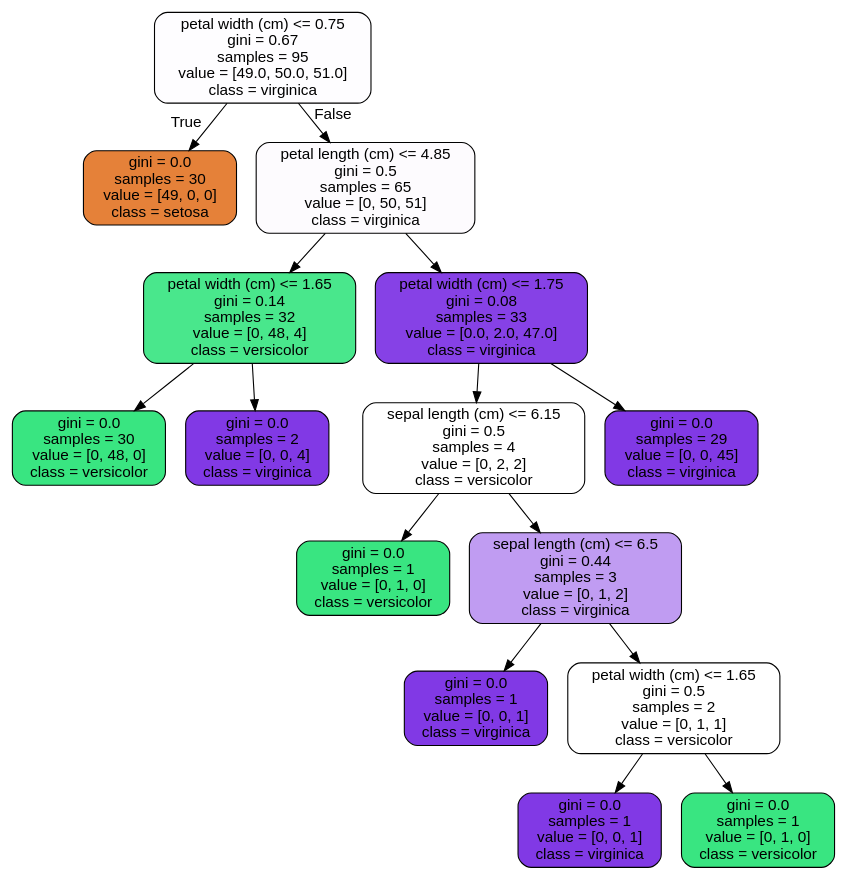
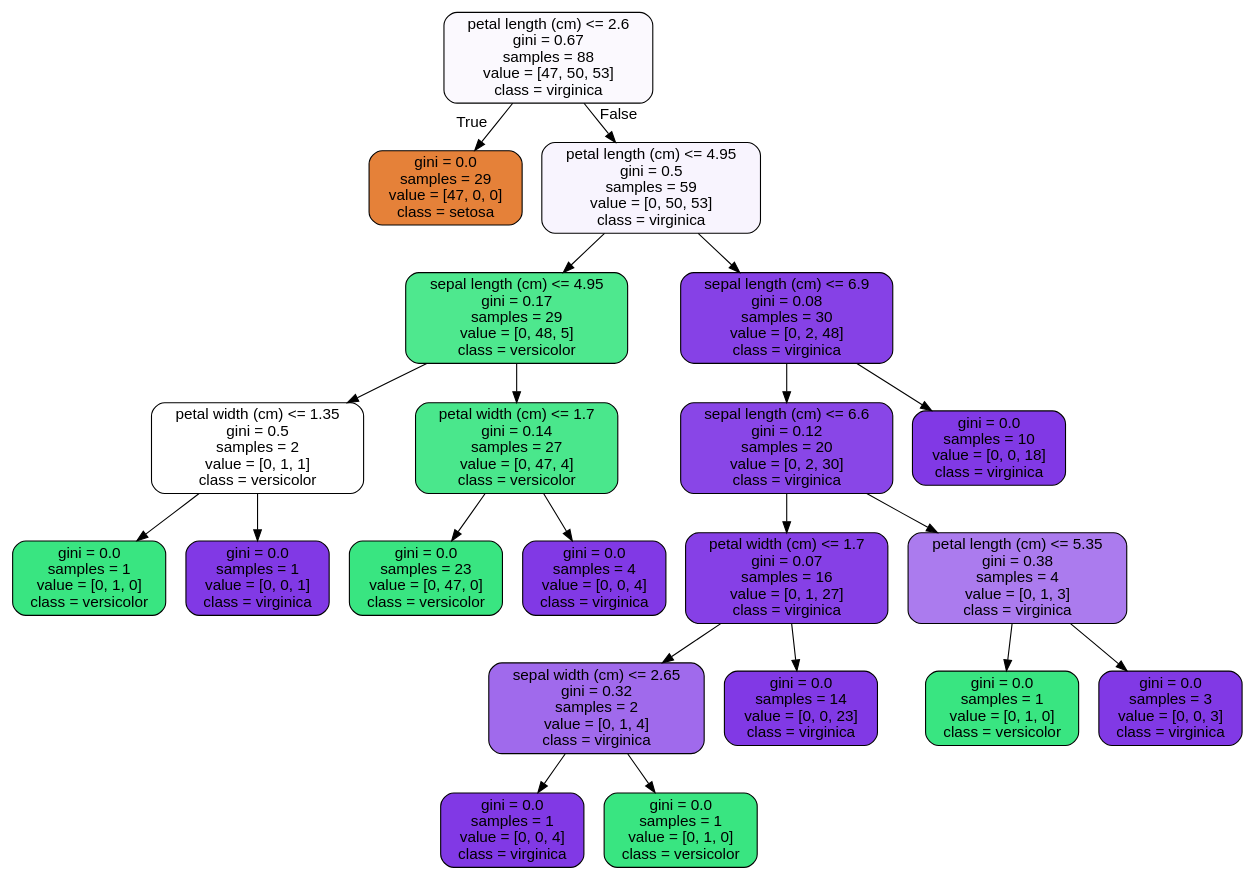
One commit to alepst42/springboard-14-4-random-forest changed the diagram in tree.dot. Above: the diagram before and after it, drawn with Graphviz. The commit also changed 2 other files, not shown here.

```diff
--- a/tree.dot
+++ b/tree.dot
@@ -1,33 +1,45 @@
 digraph Tree {
 node [shape=box, style="filled, rounded", color="black", fontname="helvetica"] ;
 edge [fontname="helvetica"] ;
-0 [label="petal width (cm) <= 0.75\ngini = 0.67\nsamples = 95\nvalue = [49.0, 50.0, 51.0]\nclass = virginica", fillcolor="#fefdff"] ;
-1 [label="gini = 0.0\nsamples = 30\nvalue = [49, 0, 0]\nclass = setosa", fillcolor="#e58139"] ;
+0 [label="petal length (cm) <= 2.6\ngini = 0.67\nsamples = 88\nvalue = [47, 50, 53]\nclass = virginica", fillcolor="#fbf9fe"] ;
+1 [label="gini = 0.0\nsamples = 29\nvalue = [47, 0, 0]\nclass = setosa", fillcolor="#e58139"] ;
 0 -> 1 [labeldistance=2.5, labelangle=45, headlabel="True"] ;
-2 [label="petal length (cm) <= 4.85\ngini = 0.5\nsamples = 65\nvalue = [0, 50, 51]\nclass = virginica", fillcolor="#fdfbfe"] ;
+2 [label="petal length (cm) <= 4.95\ngini = 0.5\nsamples = 59\nvalue = [0, 50, 53]\nclass = virginica", fillcolor="#f8f4fe"] ;
 0 -> 2 [labeldistance=2.5, labelangle=-45, headlabel="False"] ;
-3 [label="petal width (cm) <= 1.65\ngini = 0.14\nsamples = 32\nvalue = [0, 48, 4]\nclass = versicolor", fillcolor="#49e78c"] ;
+3 [label="sepal length (cm) <= 4.95\ngini = 0.17\nsamples = 29\nvalue = [0, 48, 5]\nclass = versicolor", fillcolor="#4ee88e"] ;
 2 -> 3 ;
-4 [label="gini = 0.0\nsamples = 30\nvalue = [0, 48, 0]\nclass = versicolor", fillcolor="#39e581"] ;
+4 [label="petal width (cm) <= 1.35\ngini = 0.5\nsamples = 2\nvalue = [0, 1, 1]\nclass = versicolor", fillcolor="#ffffff"] ;
 3 -> 4 ;
-5 [label="gini = 0.0\nsamples = 2\nvalue = [0, 0, 4]\nclass = virginica", fillcolor="#8139e5"] ;
-3 -> 5 ;
-6 [label="petal width (cm) <= 1.75\ngini = 0.08\nsamples = 33\nvalue = [0.0, 2.0, 47.0]\nclass = virginica", fillcolor="#8641e6"] ;
-2 -> 6 ;
-7 [label="sepal length (cm) <= 6.15\ngini = 0.5\nsamples = 4\nvalue = [0, 2, 2]\nclass = versicolor", fillcolor="#ffffff"] ;
-6 -> 7 ;
-8 [label="gini = 0.0\nsamples = 1\nvalue = [0, 1, 0]\nclass = versicolor", fillcolor="#39e581"] ;
+5 [label="gini = 0.0\nsamples = 1\nvalue = [0, 1, 0]\nclass = versicolor", fillcolor="#39e581"] ;
+4 -> 5 ;
+6 [label="gini = 0.0\nsamples = 1\nvalue = [0, 0, 1]\nclass = virginica", fillcolor="#8139e5"] ;
+4 -> 6 ;
+7 [label="petal width (cm) <= 1.7\ngini = 0.14\nsamples = 27\nvalue = [0, 47, 4]\nclass = versicolor", fillcolor="#4ae78c"] ;
+3 -> 7 ;
+8 [label="gini = 0.0\nsamples = 23\nvalue = [0, 47, 0]\nclass = versicolor", fillcolor="#39e581"] ;
 7 -> 8 ;
-9 [label="sepal length (cm) <= 6.5\ngini = 0.44\nsamples = 3\nvalue = [0, 1, 2]\nclass = virginica", fillcolor="#c09cf2"] ;
+9 [label="gini = 0.0\nsamples = 4\nvalue = [0, 0, 4]\nclass = virginica", fillcolor="#8139e5"] ;
 7 -> 9 ;
-10 [label="gini = 0.0\nsamples = 1\nvalue = [0, 0, 1]\nclass = virginica", fillcolor="#8139e5"] ;
-9 -> 10 ;
-11 [label="petal width (cm) <= 1.65\ngini = 0.5\nsamples = 2\nvalue = [0, 1, 1]\nclass = versicolor", fillcolor="#ffffff"] ;
-9 -> 11 ;
-12 [label="gini = 0.0\nsamples = 1\nvalue = [0, 0, 1]\nclass = virginica", fillcolor="#8139e5"] ;
+10 [label="sepal length (cm) <= 6.9\ngini = 0.08\nsamples = 30\nvalue = [0, 2, 48]\nclass = virginica", fillcolor="#8641e6"] ;
+2 -> 10 ;
+11 [label="sepal length (cm) <= 6.6\ngini = 0.12\nsamples = 20\nvalue = [0, 2, 30]\nclass = virginica", fillcolor="#8946e7"] ;
+10 -> 11 ;
+12 [label="petal width (cm) <= 1.7\ngini = 0.07\nsamples = 16\nvalue = [0, 1, 27]\nclass = virginica", fillcolor="#8640e6"] ;
 11 -> 12 ;
-13 [label="gini = 0.0\nsamples = 1\nvalue = [0, 1, 0]\nclass = versicolor", fillcolor="#39e581"] ;
-11 -> 13 ;
-14 [label="gini = 0.0\nsamples = 29\nvalue = [0, 0, 45]\nclass = virginica", fillcolor="#8139e5"] ;
-6 -> 14 ;
+13 [label="sepal width (cm) <= 2.65\ngini = 0.32\nsamples = 2\nvalue = [0, 1, 4]\nclass = virginica", fillcolor="#a06aec"] ;
+12 -> 13 ;
+14 [label="gini = 0.0\nsamples = 1\nvalue = [0, 0, 4]\nclass = virginica", fillcolor="#8139e5"] ;
+13 -> 14 ;
+15 [label="gini = 0.0\nsamples = 1\nvalue = [0, 1, 0]\nclass = versicolor", fillcolor="#39e581"] ;
+13 -> 15 ;
+16 [label="gini = 0.0\nsamples = 14\nvalue = [0, 0, 23]\nclass = virginica", fillcolor="#8139e5"] ;
+12 -> 16 ;
+17 [label="petal length (cm) <= 5.35\ngini = 0.38\nsamples = 4\nvalue = [0, 1, 3]\nclass = virginica", fillcolor="#ab7bee"] ;
+11 -> 17 ;
+18 [label="gini = 0.0\nsamples = 1\nvalue = [0, 1, 0]\nclass = versicolor", fillcolor="#39e581"] ;
+17 -> 18 ;
+19 [label="gini = 0.0\nsamples = 3\nvalue = [0, 0, 3]\nclass = virginica", fillcolor="#8139e5"] ;
+17 -> 19 ;
+20 [label="gini = 0.0\nsamples = 10\nvalue = [0, 0, 18]\nclass = virginica", fillcolor="#8139e5"] ;
+10 -> 20 ;
 }
```
